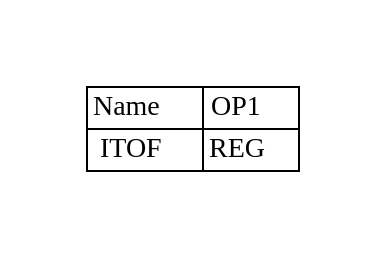
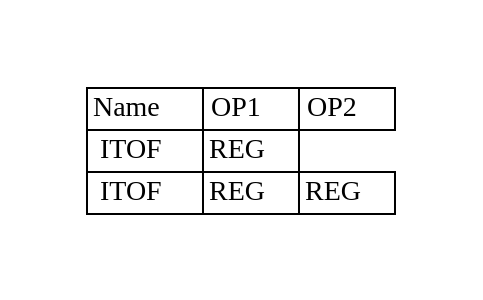
Before and after one commit to adesutherland/CREXX: the diagram in docs/books/crexx_vm_spec/svg/itof.gv, drawn with Graphviz. The commit also changed 60 other files, not shown here.

```diff
--- a/docs/books/crexx_vm_spec/svg/itof.gv
+++ b/docs/books/crexx_vm_spec/svg/itof.gv
@@ -1,9 +1,10 @@
 digraph{
 graph [pad="0.5", nodesep="0.5", ranksep="2" ]
 node [shape=plain]
 Foo [label=<
 <table border="0" cellborder="1" cellspacing="0">
-<tr><td> Name </td> <td> OP1 </td> </tr>
+<tr><td> Name </td> <td> OP1 </td><td> OP2 </td> </tr>
 <tr><td> ITOF </td><td> REG </td> </tr>
+<tr><td> ITOF </td><td> REG </td><td> REG </td> </tr>
 </table>>];
 }
```
